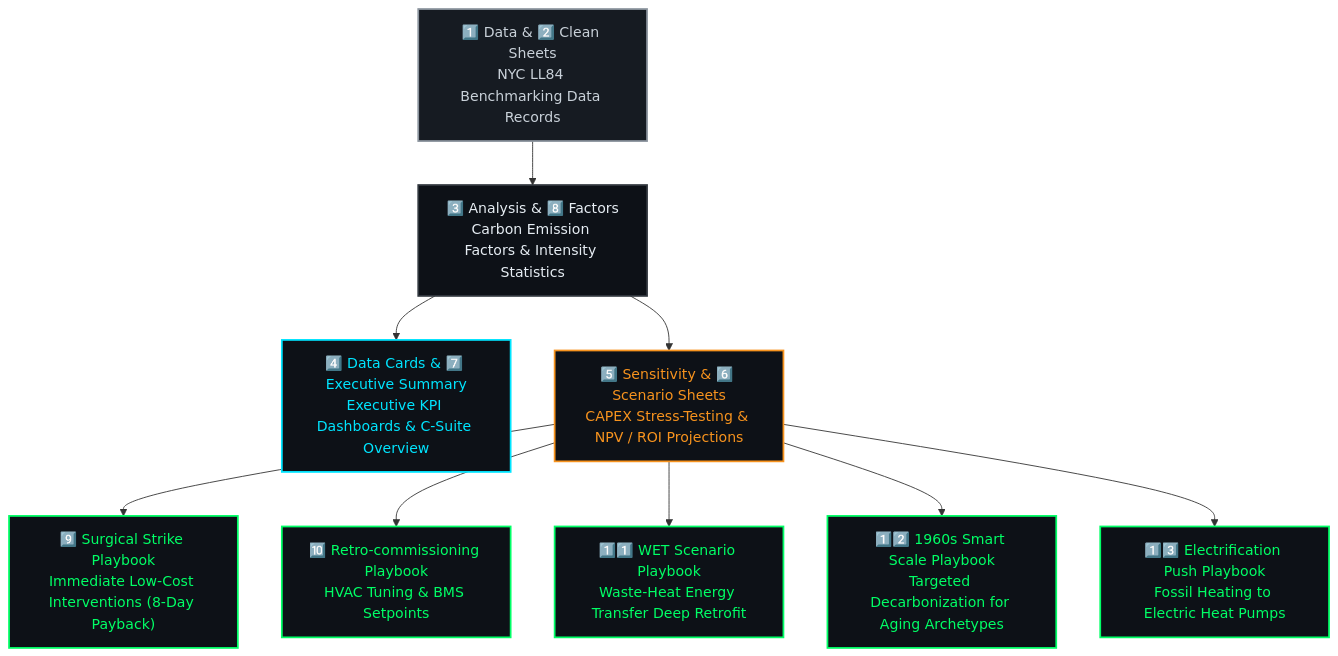
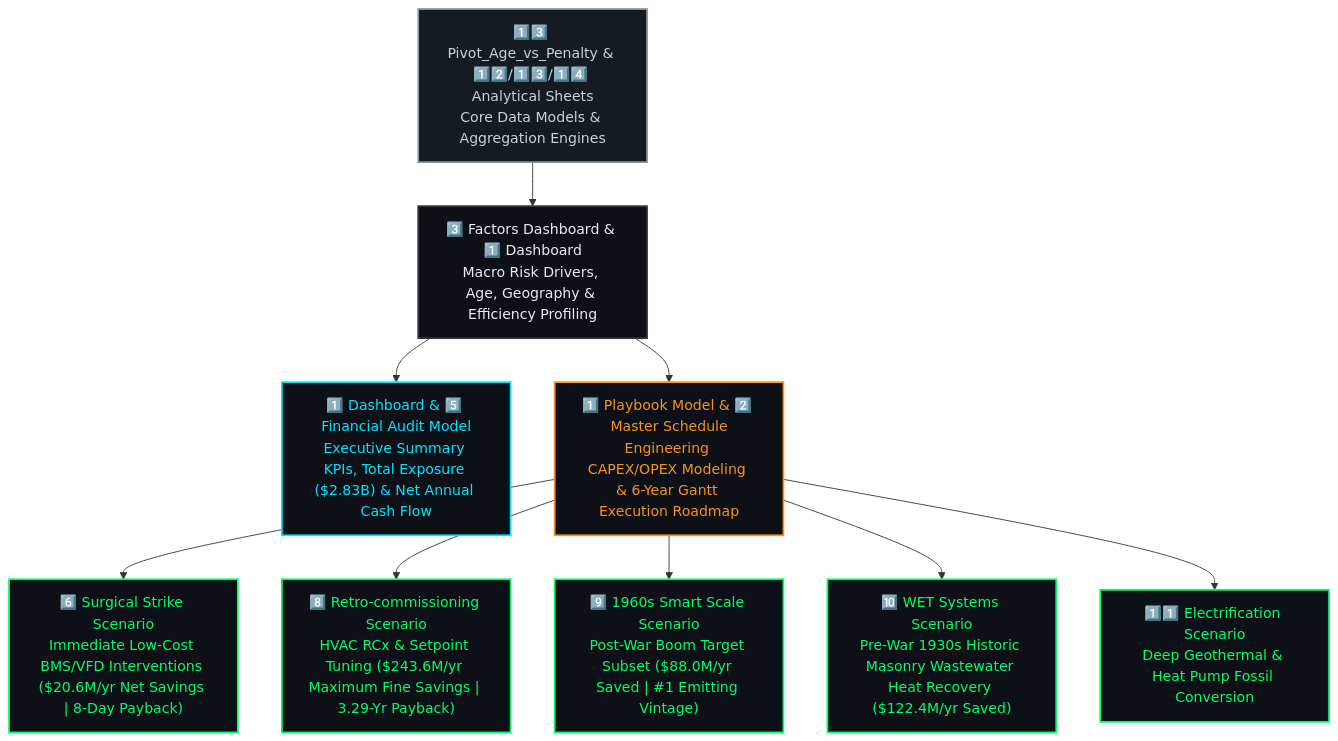
Before and after one commit to Huda-Amr/carbon-heist-mitigation: the diagram in Excel Project/README.md, drawn with Mermaid. The commit also changed other lines of this file, not shown here.

Commit message:
Update Excel Project README with complete 14-sheet workbook architecture, C-Suite executive portals, scenario bridge charts, and analytical engines

````diff
--- a/Excel Project/README.md
+++ b/Excel Project/README.md
@@ -17,17 +17,17 @@
 ```mermaid
 flowchart TD
-    RAW["1️⃣ Data & 2️⃣ Clean Sheets\nNYC LL84 Benchmarking Data Records"]:::raw --> AN["3️⃣ Analysis & 8️⃣ Factors\nCarbon Emission Factors & Intensity Statistics"]:::an
-    AN --> CARDS["4️⃣ Data Cards & 7️⃣ Executive Summary\nExecutive KPI Dashboards & C-Suite Overview"]:::cards
-    AN --> SENS["5️⃣ Sensitivity & 6️⃣ Scenario Sheets\nCAPEX Stress-Testing & NPV / ROI Projections"]:::sens
-    SENS --> PB1["9️⃣ Surgical Strike Playbook\nImmediate Low-Cost Interventions (8-Day Payback)"]:::pb
-    SENS --> PB2["🔟 Retro-commissioning Playbook\nHVAC Tuning & BMS Setpoints"]:::pb
-    SENS --> PB3["1️⃣1️⃣ WET Scenario Playbook\nWaste-Heat Energy Transfer Deep Retrofit"]:::pb
-    SENS --> PB4["1️⃣2️⃣ 1960s Smart Scale Playbook\nTargeted Decarbonization for Aging Archetypes"]:::pb
-    SENS --> PB5["1️⃣3️⃣ Electrification Push Playbook\nFossil Heating to Electric Heat Pumps"]:::pb
+    RAW["1️⃣3️⃣ Pivot_Age_vs_Penalty & 1️⃣2️⃣/1️⃣3️⃣/1️⃣4️⃣ Analytical Sheets\nCore Data Models & Aggregation Engines"]:::raw --> AN["3️⃣ Factors Dashboard & 1️⃣ Dashboard\nMacro Risk Drivers, Age, Geography & Efficiency Profiling"]:::an
+    AN --> CARDS["1️⃣ Dashboard & 5️⃣ Financial Audit Model\nExecutive Summary KPIs, Total Exposure ($2.83B) & Net Annual Cash Flow"]:::cards
+    AN --> SENS["1️⃣ Playbook Model & 2️⃣ Master Schedule\nEngineering CAPEX/OPEX Modeling & 6-Year Gantt Execution Roadmap"]:::sens
+    SENS --> PB1["6️⃣ Surgical Strike Scenario\nImmediate Low-Cost BMS/VFD Interventions ($20.6M/yr Net Savings | 8-Day Payback)"]:::pb
+    SENS --> PB2["8️⃣ Retro-commissioning Scenario\nHVAC RCx & Setpoint Tuning ($243.6M/yr Maximum Fine Savings | 3.29-Yr Payback)"]:::pb
+    SENS --> PB3["9️⃣ 1960s Smart Scale Scenario\nPost-War Boom Target Subset ($88.0M/yr Saved | #1 Emitting Vintage)"]:::pb
+    SENS --> PB4["🔟 WET Systems Scenario\nPre-War 1930s Historic Masonry Wastewater Heat Recovery ($122.4M/yr Saved)"]:::pb
+    SENS --> PB5["1️⃣1️⃣ Electrification Scenario\nDeep Geothermal & Heat Pump Fossil Conversion"]:::pb
 
     classDef raw fill:#161B22,stroke:#8B949E,stroke-width:2px,color:#C9D1D9
     classDef an fill:#0D1117,stroke:#30363D,stroke-width:2px,color:#E6EDF3
     classDef cards fill:#0D1117,stroke:#00E5FF,stroke-width:2px,color:#00E5FF
     classDef sens fill:#0D1117,stroke:#F7931E,stroke-width:2px,color:#F7931E
     classDef pb fill:#0D1117,stroke:#00FF66,stroke-width:2px,color:#00FF66
 ```
````
